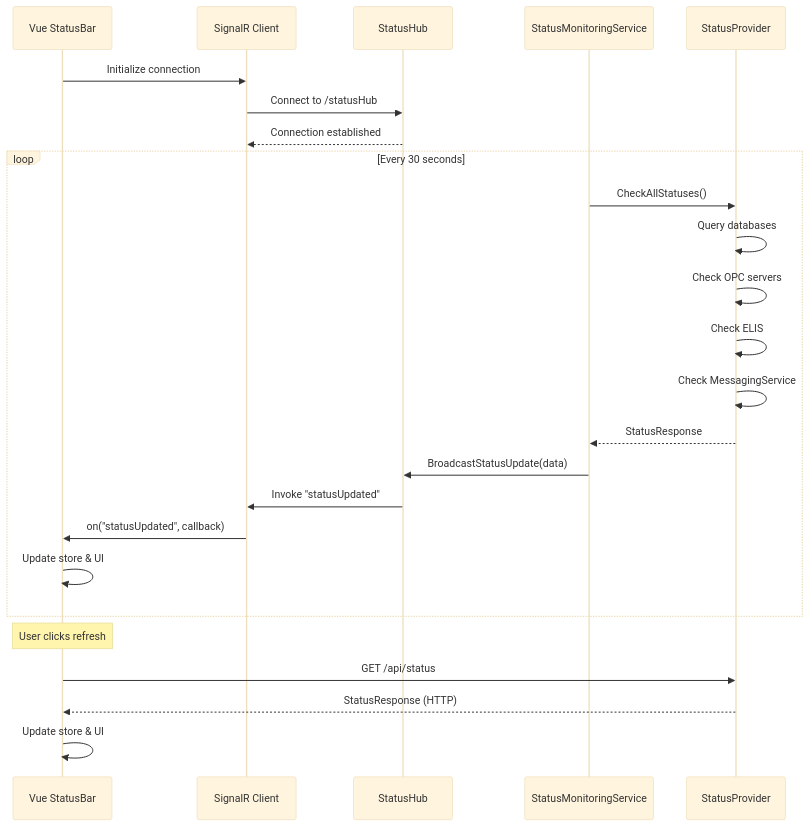
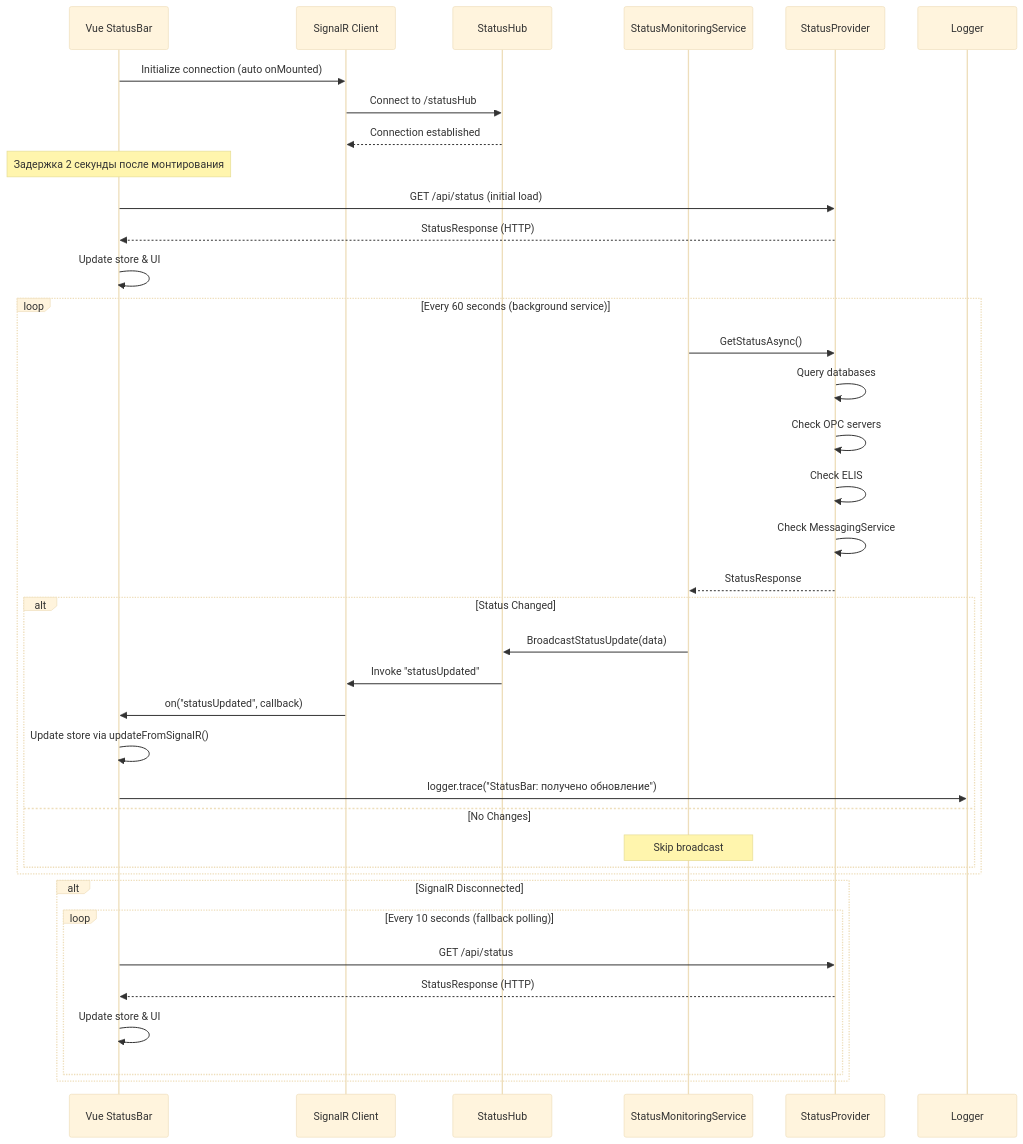
Before and after one commit to tn-ivk/tn-doc: the sixth of 14 diagrams in docs/architecture/statusbar.md, drawn with Mermaid (base theme). The commit also changed other lines of this file and 12 other files, not shown here.

````diff
--- a/docs/architecture/statusbar.md
+++ b/docs/architecture/statusbar.md
@@ -175,31 +257,44 @@
 ```mermaid
 sequenceDiagram
     participant Vue as Vue StatusBar
     participant SignalR as SignalR Client
     participant Hub as StatusHub
     participant Service as StatusMonitoringService
     participant Provider as StatusProvider
 
-    Vue->>SignalR: Initialize connection
+    Vue->>SignalR: Initialize connection (auto onMounted)
     SignalR->>Hub: Connect to /statusHub
     Hub-->>SignalR: Connection established
 
-    loop Every 30 seconds
-        Service->>Provider: CheckAllStatuses()
+    Note over Vue: Задержка 2 секунды после монтирования
+    Vue->>Provider: GET /api/status (initial load)
+    Provider-->>Vue: StatusResponse (HTTP)
+    Vue->>Vue: Update store & UI
+
+    loop Every 60 seconds (background service)
+        Service->>Provider: GetStatusAsync()
         Provider->>Provider: Query databases
         Provider->>Provider: Check OPC servers
         Provider->>Provider: Check ELIS
         Provider->>Provider: Check MessagingService
         Provider-->>Service: StatusResponse
 
-        Service->>Hub: BroadcastStatusUpdate(data)
-        Hub->>SignalR: Invoke "statusUpdated"
-        SignalR->>Vue: on("statusUpdated", callback)
-        Vue->>Vue: Update store & UI
+        alt Status Changed
+            Service->>Hub: BroadcastStatusUpdate(data)
+            Hub->>SignalR: Invoke "statusUpdated"
+            SignalR->>Vue: on("statusUpdated", callback)
+            Vue->>Vue: Update store via updateFromSignalR()
+            Vue->>Logger: logger.trace("StatusBar: получено обновление")
+        else No Changes
+            Note over Service: Skip broadcast
+        end
     end
 
-    Note over Vue: User clicks refresh
-    Vue->>Provider: GET /api/status
-    Provider-->>Vue: StatusResponse (HTTP)
-    Vue->>Vue: Update store & UI
+    alt SignalR Disconnected
+        loop Every 10 seconds (fallback polling)
+            Vue->>Provider: GET /api/status
+            Provider-->>Vue: StatusResponse (HTTP)
+            Vue->>Vue: Update store & UI
+        end
+    end
 ```
````
